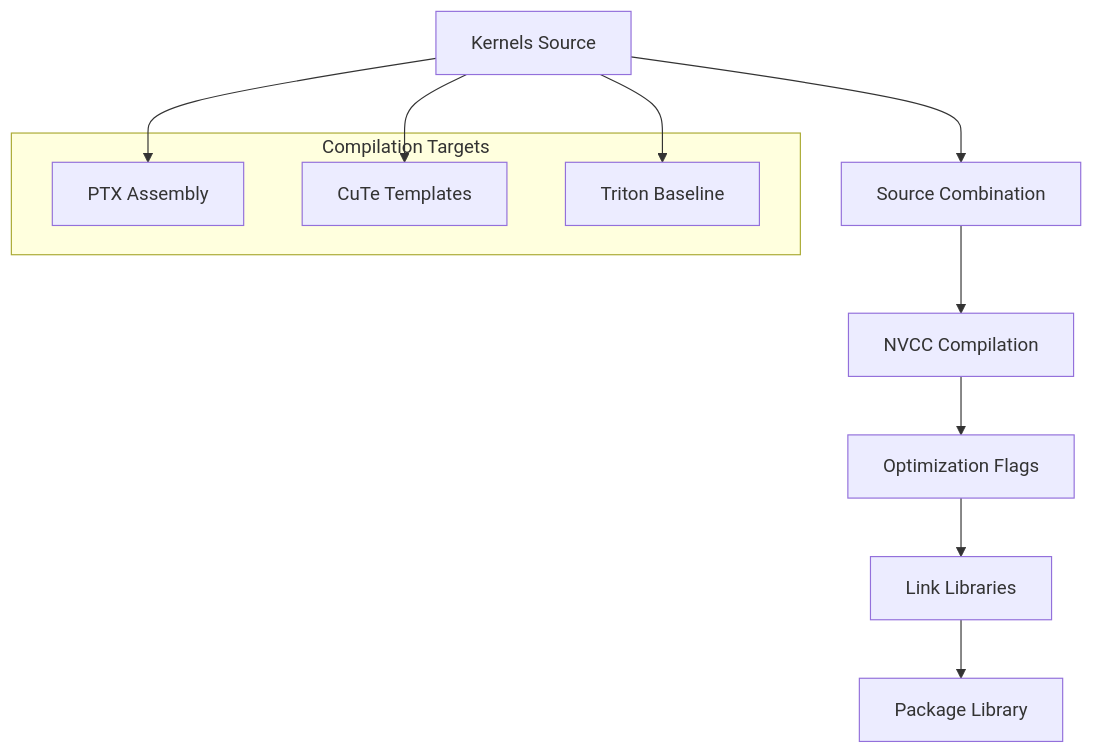
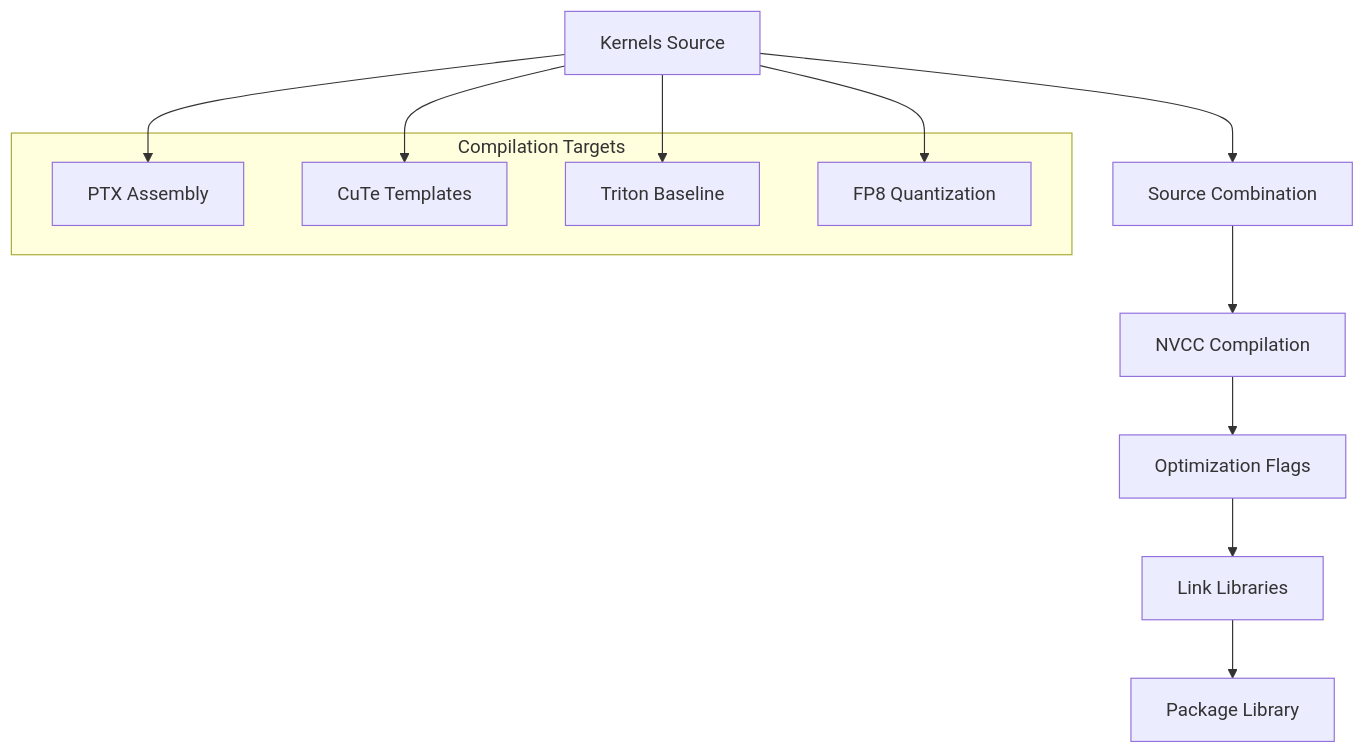
The eighth of 12 diagrams in .qoder/repowiki/en/content/Core Kernels/PTX Inline Assembly Kernel Framework.md (gugudeshubao/flashinfer-bench-tma-thrust), drawn with Mermaid before and after one commit. The commit also changed other lines of this file and 7 other files, not shown here.

````diff
--- a/.qoder/repowiki/en/content/Core Kernels/PTX Inline Assembly Kernel Framework.md
+++ b/.qoder/repowiki/en/content/Core Kernels/PTX Inline Assembly Kernel Framework.md
@@ -238,16 +292,18 @@
 ```mermaid
 flowchart TD
 Source[Kernels Source] --> Combine[Source Combination]
 Combine --> Compile[NVCC Compilation]
 Compile --> Optimize[Optimization Flags]
 Optimize --> Link[Link Libraries]
 Link --> Package[Package Library]
 subgraph "Compilation Targets"
 PTX[PTX Assembly]
 CuTe[CuTe Templates]
 Triton[Triton Baseline]
+FP8[FP8 Quantization]
 end
 Source --> PTX
 Source --> CuTe
 Source --> Triton
+Source --> FP8
 ```
````
